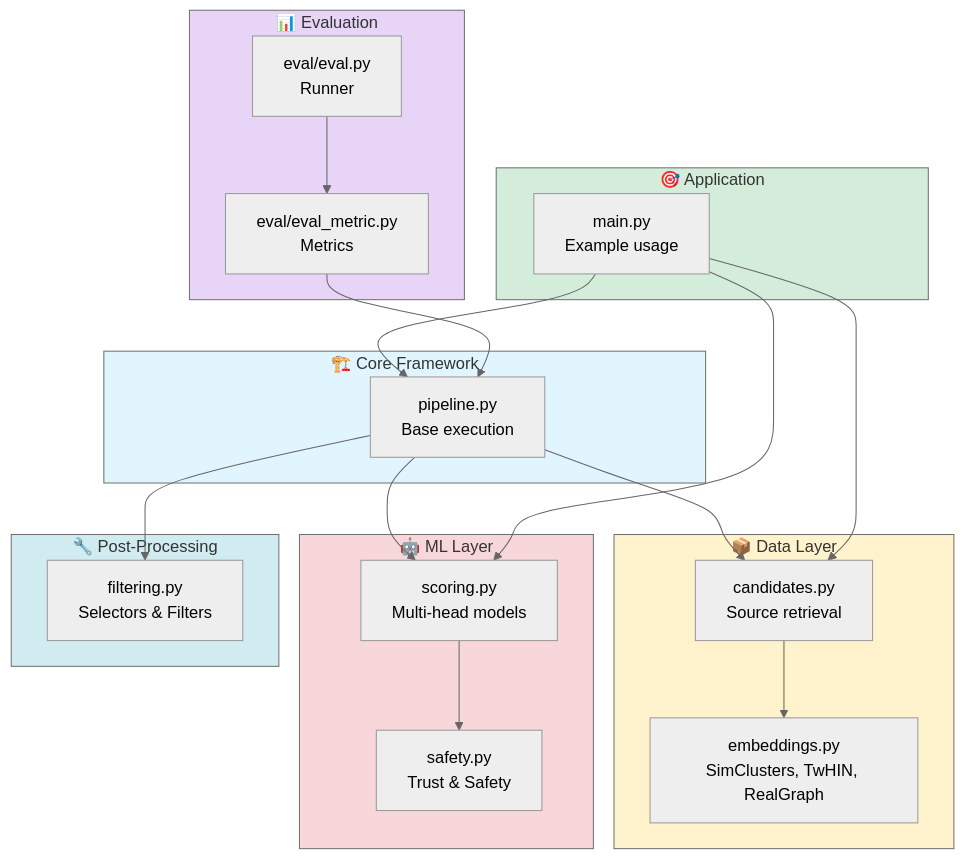
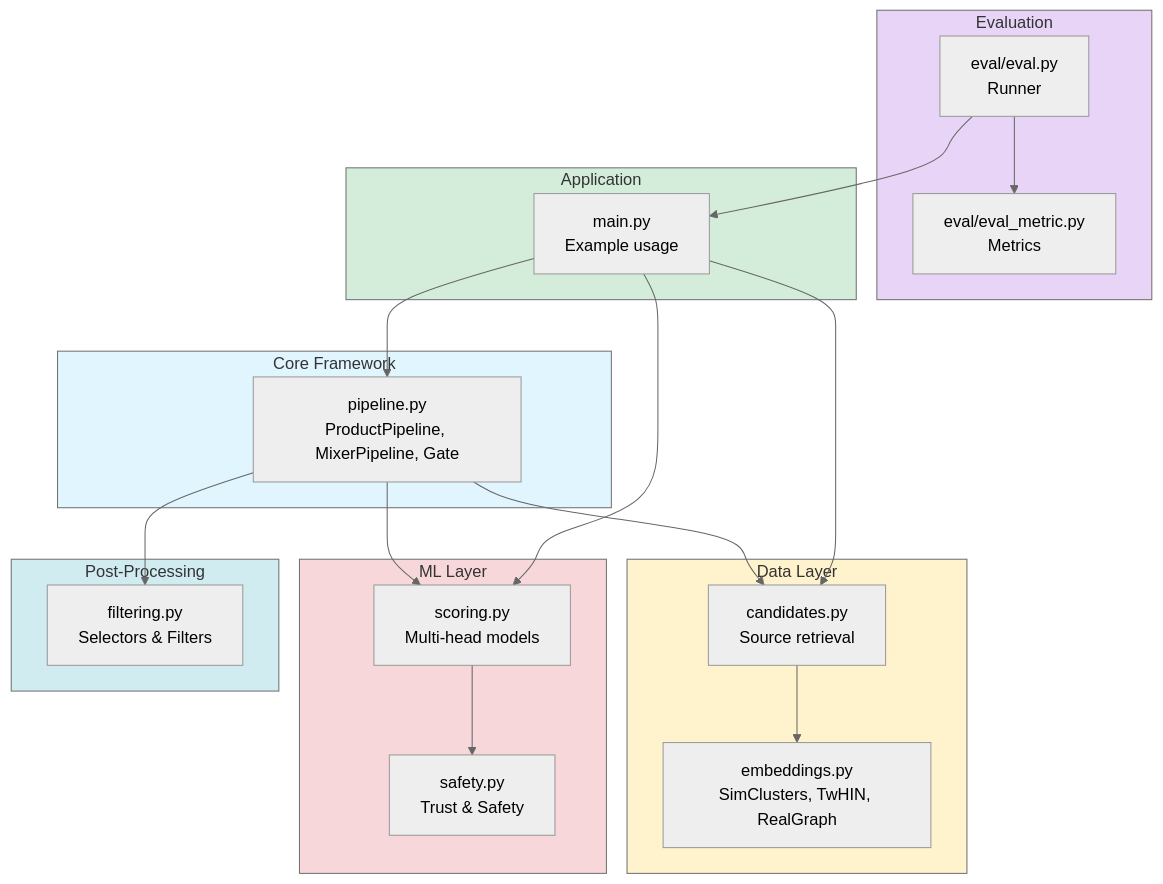
Before and after one commit to kimtth/twitter-recommender-mimic-mini-recsys: the fifth of 5 diagrams in README.md, drawn with Mermaid (neutral theme). The commit also changed other lines of this file and 12 other files, not shown here.

````diff
--- a/README.md
+++ b/README.md
@@ -432,47 +433,47 @@
 ```mermaid
 graph TB
-    subgraph Core["🏗️ Core Framework"]
-        P[pipeline.py<br/>Base execution]
+    subgraph Core["Core Framework"]
+        P[pipeline.py<br/>ProductPipeline, MixerPipeline, Gate]
     end
     
-    subgraph Data["📦 Data Layer"]
+    subgraph Data["Data Layer"]
         C[candidates.py<br/>Source retrieval]
         E[embeddings.py<br/>SimClusters, TwHIN, RealGraph]
     end
     
-    subgraph ML["🤖 ML Layer"]
+    subgraph ML["ML Layer"]
         S[scoring.py<br/>Multi-head models]
         SF[safety.py<br/>Trust & Safety]
     end
     
-    subgraph PostProc["🔧 Post-Processing"]
+    subgraph PostProc["Post-Processing"]
         F[filtering.py<br/>Selectors & Filters]
     end
     
-    subgraph Eval["📊 Evaluation"]
+    subgraph Eval["Evaluation"]
         EV[eval/eval_metric.py<br/>Metrics]
         EO[eval/eval.py<br/>Runner]
     end
     
-    subgraph App["🎯 Application"]
+    subgraph App["Application"]
         M[main.py<br/>Example usage]
     end
     
     P --> C
     P --> S
     P --> F
     C --> E
     S --> SF
     M --> P
     M --> C
     M --> S
-    EV --> P
     EO --> EV
+    EO --> M
     
     style Core fill:#e1f5ff
     style Data fill:#fff3cd
     style ML fill:#f8d7da
     style PostProc fill:#d1ecf1
     style Eval fill:#e7d4f7
     style App fill:#d4edda
 ```
````
